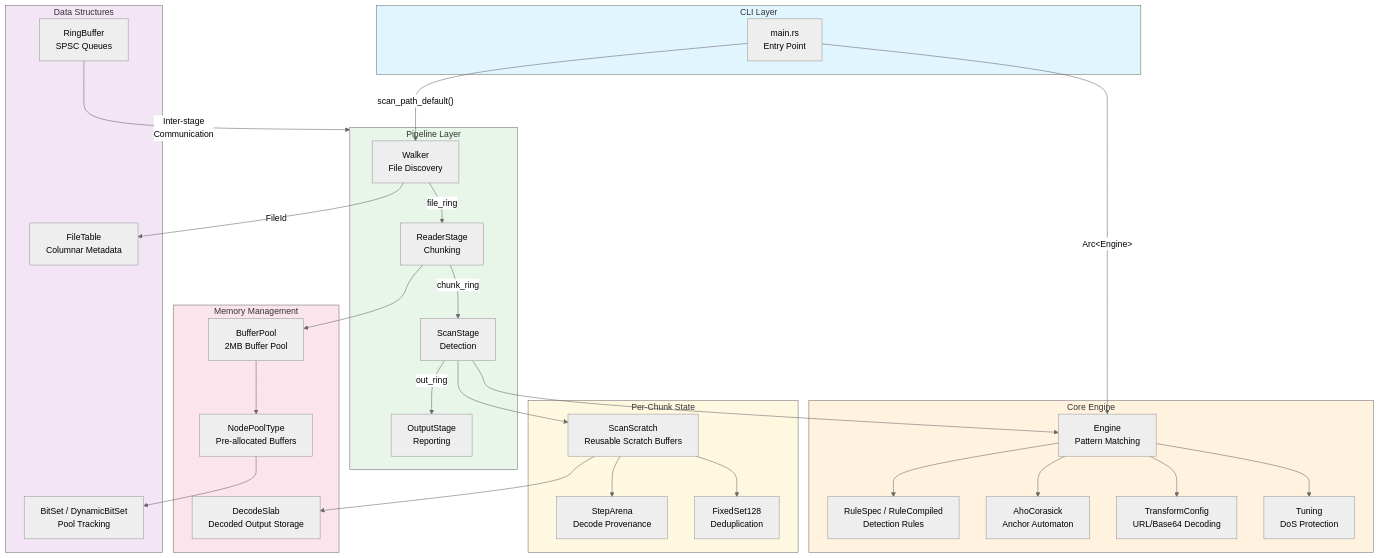
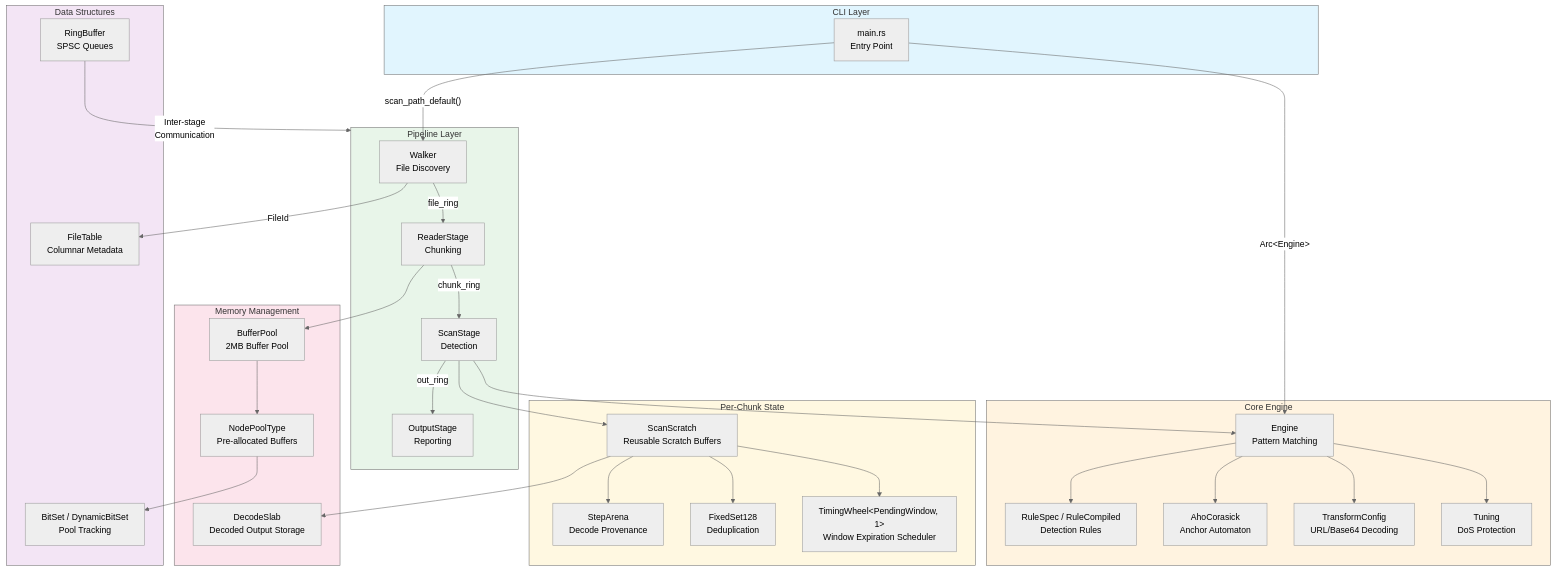
The diagram in docs/architecture-overview.md (ahrav/scratch-scanner-rs), drawn with Mermaid (neutral theme) before and after one commit. The commit also changed other lines of this file and 15 other files, not shown here.

First line of the commit message:
feat: Add timing wheel for stream decode scheduling

````diff
--- a/docs/architecture-overview.md
+++ b/docs/architecture-overview.md
@@ -5,71 +5,73 @@
 ```mermaid
 graph TB
     subgraph CLI["CLI Layer"]
         Main["main.rs<br/>Entry Point"]
     end
 
     subgraph Core["Core Engine"]
         Engine["Engine<br/>Pattern Matching"]
         Rules["RuleSpec / RuleCompiled<br/>Detection Rules"]
         AC["AhoCorasick<br/>Anchor Automaton"]
         Transforms["TransformConfig<br/>URL/Base64 Decoding"]
         Tuning["Tuning<br/>DoS Protection"]
     end
 
     subgraph Pipeline["Pipeline Layer"]
         Walker["Walker<br/>File Discovery"]
         Reader["ReaderStage<br/>Chunking"]
         Scanner["ScanStage<br/>Detection"]
         Output["OutputStage<br/>Reporting"]
     end
 
     subgraph Memory["Memory Management"]
         BufferPool["BufferPool<br/>2MB Buffer Pool"]
         NodePool["NodePoolType<br/>Pre-allocated Buffers"]
         DecodeSlab["DecodeSlab<br/>Decoded Output Storage"]
     end
 
     subgraph DataStructures["Data Structures"]
         RingBuffer["RingBuffer<br/>SPSC Queues"]
         BitSet["BitSet / DynamicBitSet<br/>Pool Tracking"]
         FileTable["FileTable<br/>Columnar Metadata"]
     end
 
     subgraph State["Per-Chunk State"]
         ScanScratch["ScanScratch<br/>Reusable Scratch Buffers"]
         StepArena["StepArena<br/>Decode Provenance"]
         FixedSet128["FixedSet128<br/>Deduplication"]
+        TimingWheel["TimingWheel&lt;PendingWindow, 1&gt;<br/>Window Expiration Scheduler"]
     end
 
     Main --> |"Arc&lt;Engine&gt;"| Engine
     Main --> |"scan_path_default()"| Walker
 
     Engine --> Rules
     Engine --> AC
     Engine --> Transforms
     Engine --> Tuning
 
     Walker --> |"FileId"| FileTable
     Walker --> |"file_ring"| Reader
     Reader --> |"chunk_ring"| Scanner
     Scanner --> |"out_ring"| Output
 
     Reader --> BufferPool
     BufferPool --> NodePool
     NodePool --> BitSet
 
     Scanner --> Engine
     Scanner --> ScanScratch
     ScanScratch --> DecodeSlab
     ScanScratch --> StepArena
     ScanScratch --> FixedSet128
+    ScanScratch --> TimingWheel
 
     RingBuffer --> |"Inter-stage<br/>Communication"| Pipeline
 
     style CLI fill:#e1f5fe
     style Core fill:#fff3e0
     style Pipeline fill:#e8f5e9
     style Memory fill:#fce4ec
     style DataStructures fill:#f3e5f5
     style State fill:#fff8e1
 ```
````
